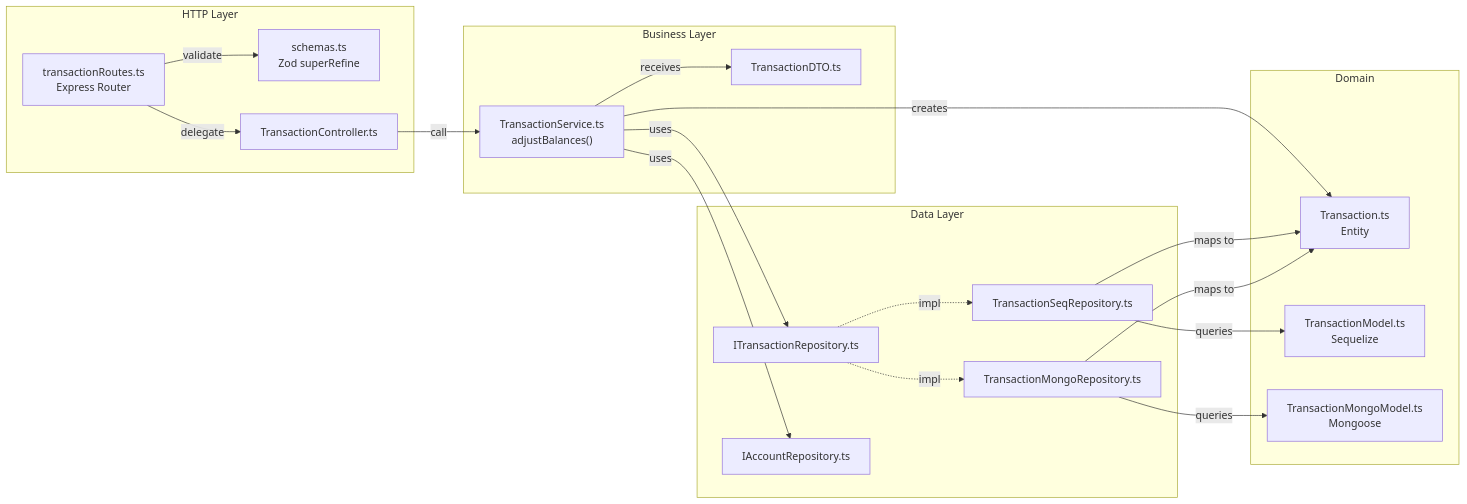
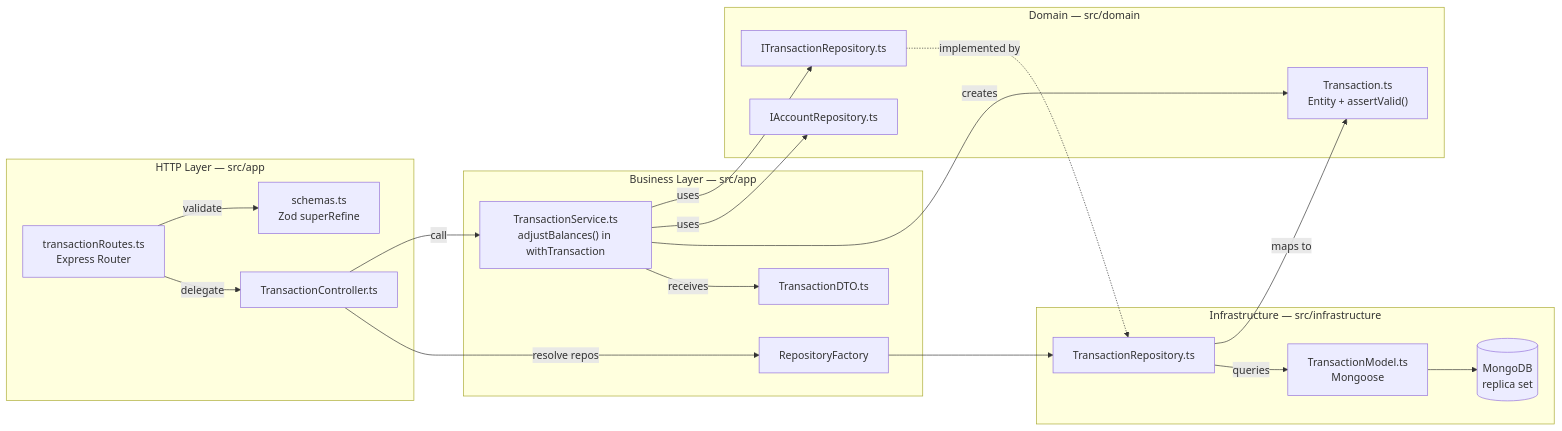
The diagram in docs/examples/full-module-walkthrough.md (alex16jpv/lag-money-manager), drawn with Mermaid before and after one commit. The commit also changed other lines of this file and 37 other files, not shown here.

````diff
--- a/docs/examples/full-module-walkthrough.md
+++ b/docs/examples/full-module-walkthrough.md
@@ -558,40 +754,39 @@
 ```mermaid
 graph LR
-    subgraph "HTTP Layer"
+    subgraph "HTTP Layer — src/app"
         R["transactionRoutes.ts<br/>Express Router"]
         V["schemas.ts<br/>Zod superRefine"]
         C["TransactionController.ts"]
     end
 
-    subgraph "Business Layer"
-        S["TransactionService.ts<br/>adjustBalances()"]
+    subgraph "Business Layer — src/app"
+        S["TransactionService.ts<br/>adjustBalances() in withTransaction"]
         DTO["TransactionDTO.ts"]
+        F["RepositoryFactory"]
     end
 
-    subgraph "Data Layer"
+    subgraph "Domain — src/domain"
+        E["Transaction.ts<br/>Entity + assertValid()"]
         RI["ITransactionRepository.ts"]
         AI["IAccountRepository.ts"]
-        RS["TransactionSeqRepository.ts"]
-        RM["TransactionMongoRepository.ts"]
     end
 
-    subgraph "Domain"
-        E["Transaction.ts<br/>Entity"]
-        SM["TransactionModel.ts<br/>Sequelize"]
-        MM["TransactionMongoModel.ts<br/>Mongoose"]
+    subgraph "Infrastructure — src/infrastructure"
+        RM["TransactionRepository.ts"]
+        MM["TransactionModel.ts<br/>Mongoose"]
+        DB[("MongoDB<br/>replica set")]
     end
 
     R -->|validate| V
     R -->|delegate| C
     C -->|call| S
+    C -->|resolve repos| F
     S -->|uses| RI
     S -->|uses| AI
     S -->|creates| E
     S -->|receives| DTO
-    RI -.->|impl| RS
-    RI -.->|impl| RM
-    RS -->|maps to| E
+    RI -.->|implemented by| RM
+    F --> RM
     RM -->|maps to| E
-    RS -->|queries| SM
-    RM -->|queries| MM
+    RM -->|queries| MM --> DB
 ```
````
